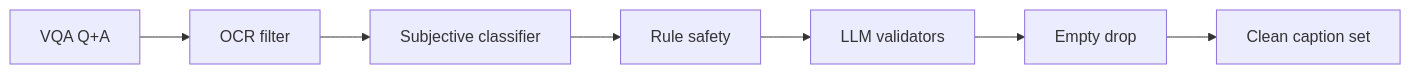
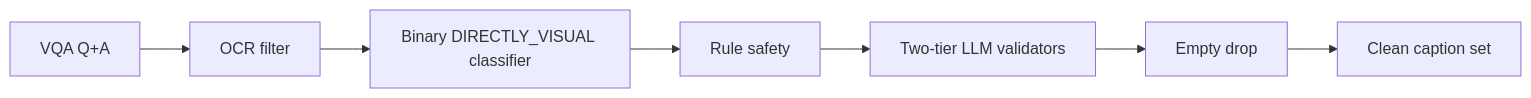
Before and after one commit to MahdiRuzmeh/ImageCaptioningImprovedVisualQuestionAnswering: the sixth of 6 diagrams in QuestionDependentCaptionGenerator/architecture/architecture.en.md, drawn with Mermaid. The commit also changed other lines of this file and 8 other files, not shown here.

Commit message:
feat: Implement question dependent caption generator as two class classification problem. every question should be cllasify to DIRECTLY_VISUAL or NOT_DIRECTLY_VISUAL classes.

````diff
--- a/QuestionDependentCaptionGenerator/architecture/architecture.en.md
+++ b/QuestionDependentCaptionGenerator/architecture/architecture.en.md
@@ -216,9 +227,9 @@
 ```mermaid
 flowchart LR
   inQ[VQA Q+A] --> g1[OCR filter]
-  g1 --> g2[Subjective classifier]
+  g1 --> g2[Binary DIRECTLY_VISUAL classifier]
   g2 --> g3[Rule safety]
-  g3 --> g4[LLM validators]
+  g3 --> g4[Two-tier LLM validators]
   g4 --> g5[Empty drop]
   g5 --> clean[Clean caption set]
 ```
````
